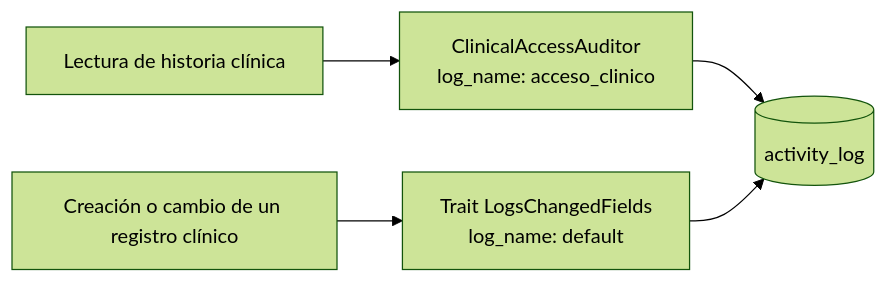
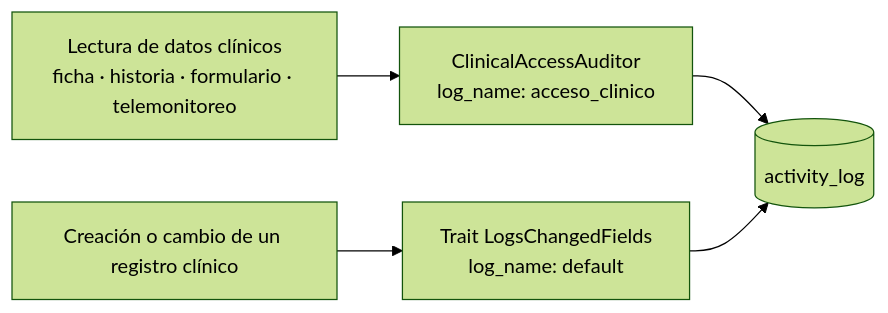
Before and after one commit to Bello2005/nefrChoco-project: the fourth of 6 diagrams in docs/arquitectura.md, drawn with Mermaid (forest theme). The commit also changed other lines of this file and 10 other files, not shown here.

````diff
--- a/docs/arquitectura.md
+++ b/docs/arquitectura.md
@@ -189,7 +189,7 @@
 ```mermaid
 flowchart LR
-    A["Lectura de historia clínica"] --> B["ClinicalAccessAuditor<br/>log_name: acceso_clinico"]
+    A["Lectura de datos clínicos<br/>ficha · historia · formulario · telemonitoreo"] --> B["ClinicalAccessAuditor<br/>log_name: acceso_clinico"]
     C["Creación o cambio de un registro clínico"] --> D["Trait LogsChangedFields<br/>log_name: default"]
     B --> E[("activity_log")]
     D --> E
 ```
````
